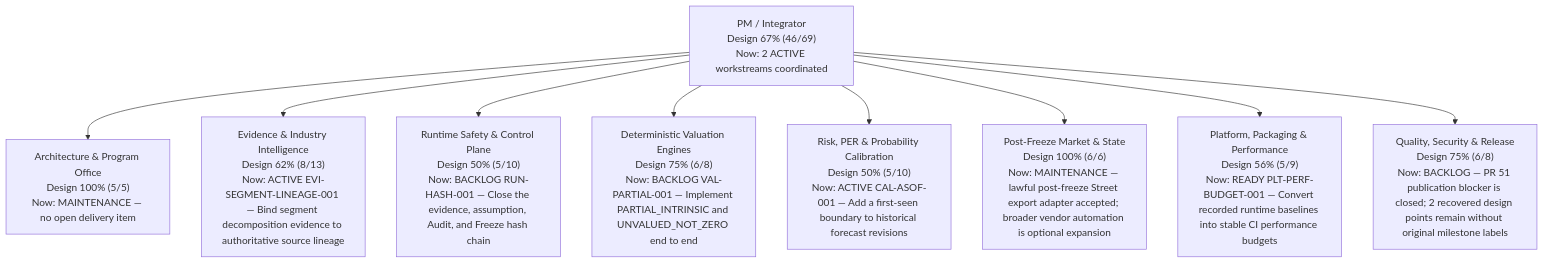
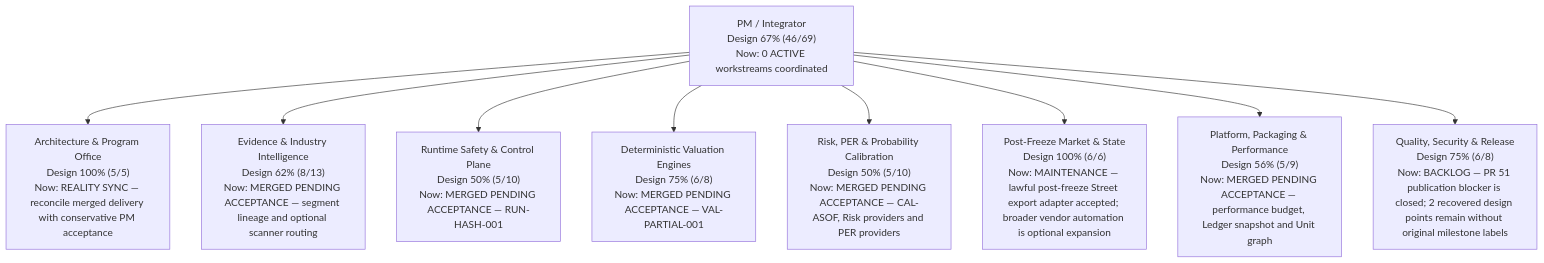
One commit to newwonwoo/valuation changed the diagram in PROJECT_STATUS.md. Above: the diagram before and after it, drawn with Mermaid. The commit also changed other lines of this file, not shown here.

````diff
--- a/PROJECT_STATUS.md
+++ b/PROJECT_STATUS.md
@@ -17,12 +24,12 @@
 ```mermaid
 flowchart TB
-  PM["PM / Integrator<br/>Design 67% (46/69)<br/>Now: 2 ACTIVE workstreams coordinated"]
-  PM --> PMO["Architecture & Program Office<br/>Design 100% (5/5)<br/>Now: MAINTENANCE — no open delivery item"]
-  PM --> EVIDENCE["Evidence & Industry Intelligence<br/>Design 62% (8/13)<br/>Now: ACTIVE EVI-SEGMENT-LINEAGE-001 — Bind segment decomposition evidence to authoritative source lineage"]
-  PM --> RUNTIME["Runtime Safety & Control Plane<br/>Design 50% (5/10)<br/>Now: BACKLOG RUN-HASH-001 — Close the evidence, assumption, Audit, and Freeze hash chain"]
-  PM --> VALUATION["Deterministic Valuation Engines<br/>Design 75% (6/8)<br/>Now: BACKLOG VAL-PARTIAL-001 — Implement PARTIAL_INTRINSIC and UNVALUED_NOT_ZERO end to end"]
-  PM --> CALIBRATION["Risk, PER & Probability Calibration<br/>Design 50% (5/10)<br/>Now: ACTIVE CAL-ASOF-001 — Add a first-seen boundary to historical forecast revisions"]
+  PM["PM / Integrator<br/>Design 67% (46/69)<br/>Now: 0 ACTIVE workstreams coordinated"]
+  PM --> PMO["Architecture & Program Office<br/>Design 100% (5/5)<br/>Now: REALITY SYNC — reconcile merged delivery with conservative PM acceptance"]
+  PM --> EVIDENCE["Evidence & Industry Intelligence<br/>Design 62% (8/13)<br/>Now: MERGED PENDING ACCEPTANCE — segment lineage and optional scanner routing"]
+  PM --> RUNTIME["Runtime Safety & Control Plane<br/>Design 50% (5/10)<br/>Now: MERGED PENDING ACCEPTANCE — RUN-HASH-001"]
+  PM --> VALUATION["Deterministic Valuation Engines<br/>Design 75% (6/8)<br/>Now: MERGED PENDING ACCEPTANCE — VAL-PARTIAL-001"]
+  PM --> CALIBRATION["Risk, PER & Probability Calibration<br/>Design 50% (5/10)<br/>Now: MERGED PENDING ACCEPTANCE — CAL-ASOF, Risk providers and PER providers"]
   PM --> POST_FREEZE["Post-Freeze Market & State<br/>Design 100% (6/6)<br/>Now: MAINTENANCE — lawful post-freeze Street export adapter accepted; broader vendor automation is optional expansion"]
-  PM --> PLATFORM["Platform, Packaging & Performance<br/>Design 56% (5/9)<br/>Now: READY PLT-PERF-BUDGET-001 — Convert recorded runtime baselines into stable CI performance budgets"]
+  PM --> PLATFORM["Platform, Packaging & Performance<br/>Design 56% (5/9)<br/>Now: MERGED PENDING ACCEPTANCE — performance budget, Ledger snapshot and Unit graph"]
   PM --> QA_RELEASE["Quality, Security & Release<br/>Design 75% (6/8)<br/>Now: BACKLOG — PR 51 publication blocker is closed; 2 recovered design points remain without original milestone labels"]
 ```
````
